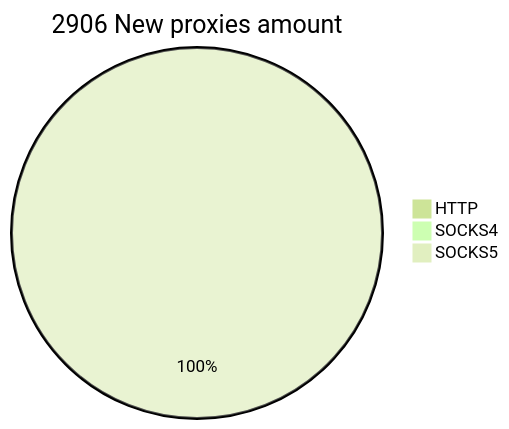
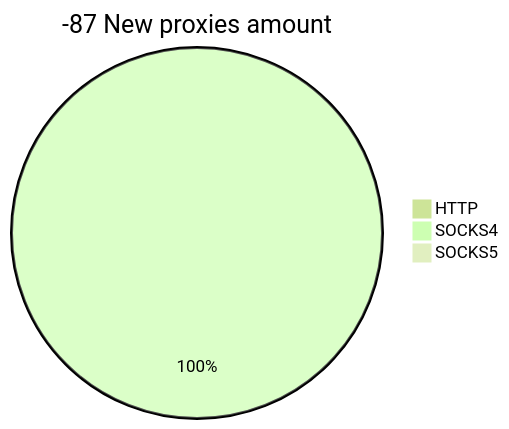
One commit to cutipu/proxylist changed the second of 2 diagrams in README.md. Above: the diagram before and after it, drawn with Mermaid (forest theme). The commit also changed other lines of this file, not shown here.

````diff
--- a/README.md
+++ b/README.md
@@ -10,6 +10,6 @@
 ```mermaid
-pie title 2906 New proxies amount
+pie title -87 New proxies amount
     "HTTP" : 0
-    "SOCKS4" : 0
-    "SOCKS5" : 2906
+    "SOCKS4" : 1
+    "SOCKS5" : 0
 ```
````
